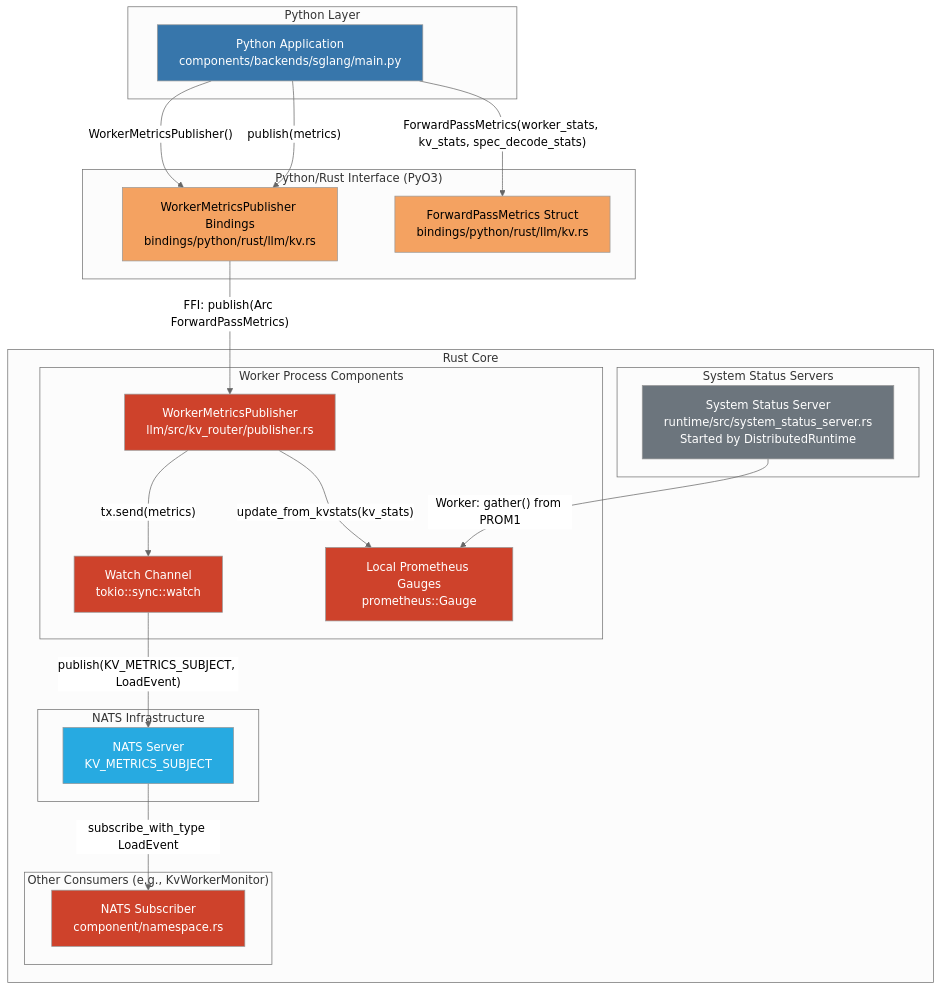
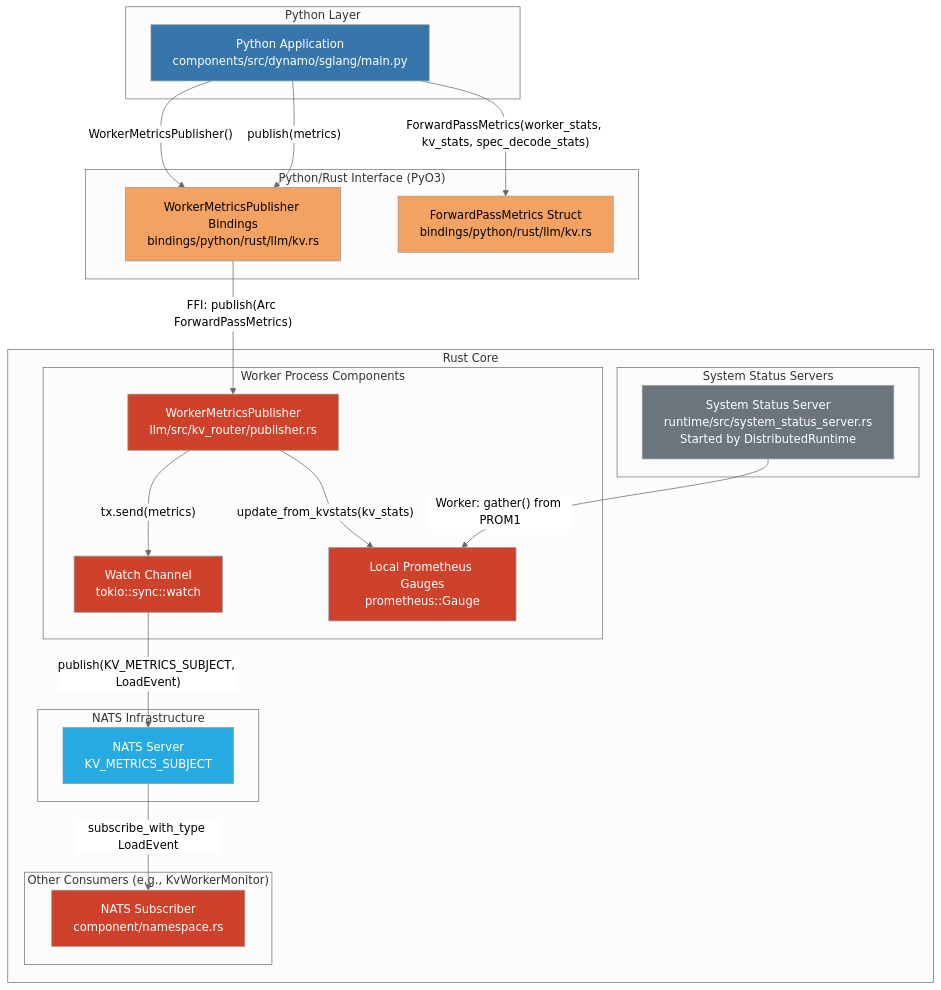
Before and after one commit to wxsms/dynamo: the first of 2 diagrams in lib/bindings/python/examples/metrics/README.md, drawn with Mermaid (neutral theme). The commit also changed other lines of this file and 168 other files, not shown here.

````diff
--- a/lib/bindings/python/examples/metrics/README.md
+++ b/lib/bindings/python/examples/metrics/README.md
@@ -268,51 +268,51 @@
 ```mermaid
 graph TB
     subgraph "Python Layer"
-        PY[Python Application<br/>components/backends/sglang/main.py]
+        PY[Python Application<br/>components/src/dynamo/sglang/main.py]
         style PY fill:#3776ab,color:#fff
     end
 
     subgraph "Python/Rust Interface (PyO3)"
         WMPB[WorkerMetricsPublisher Bindings<br/>bindings/python/rust/llm/kv.rs]
         FPM[ForwardPassMetrics Struct<br/>bindings/python/rust/llm/kv.rs]
         style WMPB fill:#f4a261,color:#000
         style FPM fill:#f4a261,color:#000
     end
 
     subgraph "Rust Core"
         subgraph "Worker Process Components"
             WMP[WorkerMetricsPublisher<br/>llm/src/kv_router/publisher.rs]
             WATCH[Watch Channel<br/>tokio::sync::watch]
             PROM1[Local Prometheus Gauges<br/>prometheus::Gauge]
         end
 
         subgraph "NATS Infrastructure"
             NATS[NATS Server<br/>KV_METRICS_SUBJECT]
         end
 
         subgraph "Other Consumers (e.g., KvWorkerMonitor)"
             SUB[NATS Subscriber<br/>component/namespace.rs]
         end
 
         subgraph "System Status Servers"
             SS[System Status Server<br/>runtime/src/system_status_server.rs<br/>Started by DistributedRuntime]
         end
 
         style WMP fill:#ce422b,color:#fff
         style WATCH fill:#ce422b,color:#fff
         style PROM1 fill:#ce422b,color:#fff
         style NATS fill:#27aae1,color:#fff
         style SUB fill:#ce422b,color:#fff
         style SS fill:#6c757d,color:#fff
     end
 
     PY -->|"WorkerMetricsPublisher()"| WMPB
     PY -->|"ForwardPassMetrics(worker_stats, kv_stats, spec_decode_stats)"| FPM
     PY -->|"publish(metrics)"| WMPB
     WMPB -->|"FFI: publish(Arc ForwardPassMetrics)"| WMP
     WMP -->|"update_from_kvstats(kv_stats)"| PROM1
     WMP -->|"tx.send(metrics)"| WATCH
     WATCH -->|"publish(KV_METRICS_SUBJECT, LoadEvent)"| NATS
     NATS -->|"subscribe_with_type LoadEvent"| SUB
     SS -->|"Worker: gather() from PROM1"| PROM1
 ```
````
